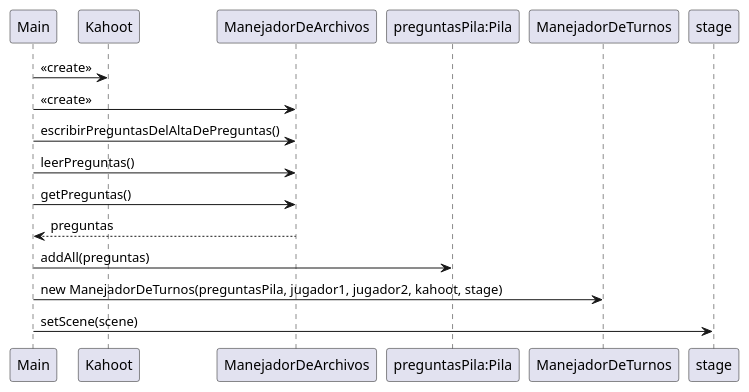
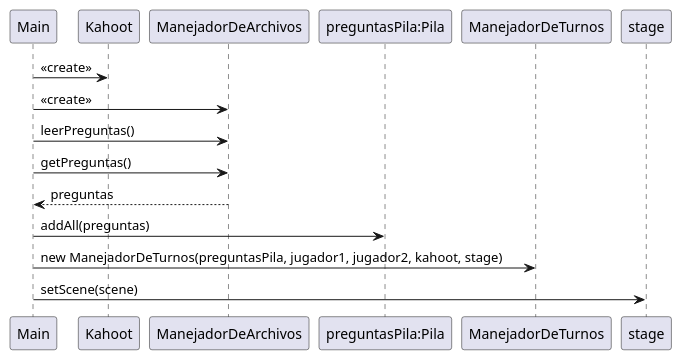
Before and after one commit to Tomymanoukian/AyPIII_TP2: the diagram in Diagramas/DDS - FuncionamientoDelMain.puml, drawn with PlantUML.

Commit message:
refactorizo diagrama

```diff
--- a/Diagramas/DDS - FuncionamientoDelMain.puml
+++ b/Diagramas/DDS - FuncionamientoDelMain.puml
@@ -1,14 +1,13 @@
 @startuml
 
 Main -> Kahoot: <<create>>
 Main -> ManejadorDeArchivos: <<create>>
-Main -> ManejadorDeArchivos: escribirPreguntasDelAltaDePreguntas()
 Main -> ManejadorDeArchivos: leerPreguntas()
 Main -> ManejadorDeArchivos: getPreguntas()
 ManejadorDeArchivos --> Main: preguntas
 Main -> "preguntasPila:Pila": addAll(preguntas)
 Main -> ManejadorDeTurnos: new ManejadorDeTurnos(preguntasPila, jugador1, jugador2, kahoot, stage)
 Main -> stage: setScene(scene)
 
 
 @enduml
```
